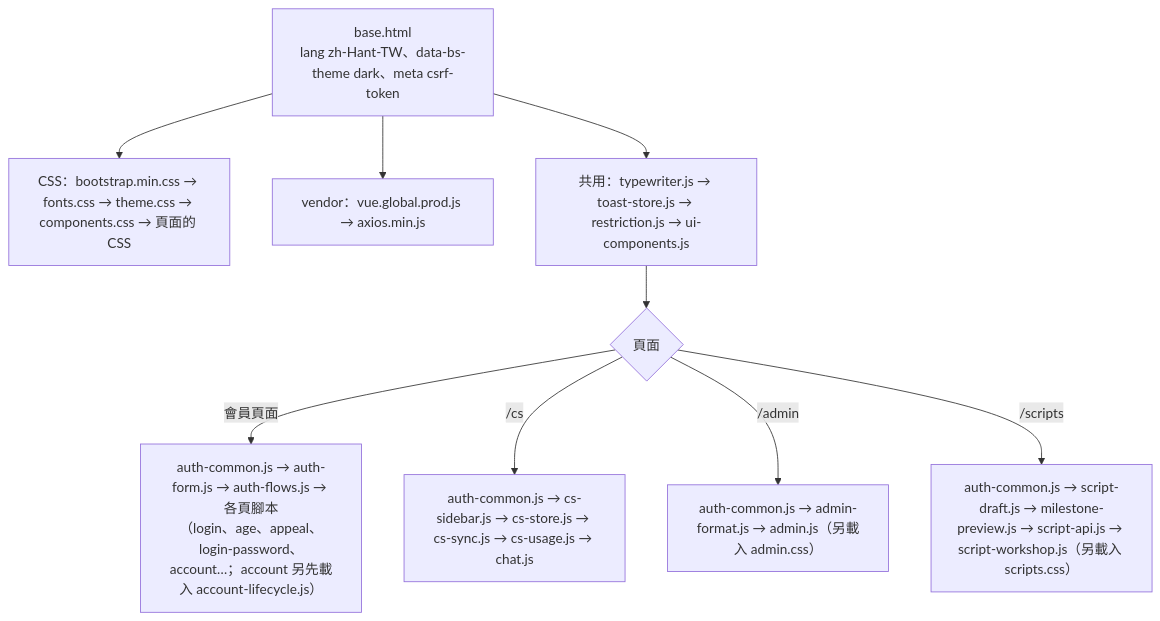
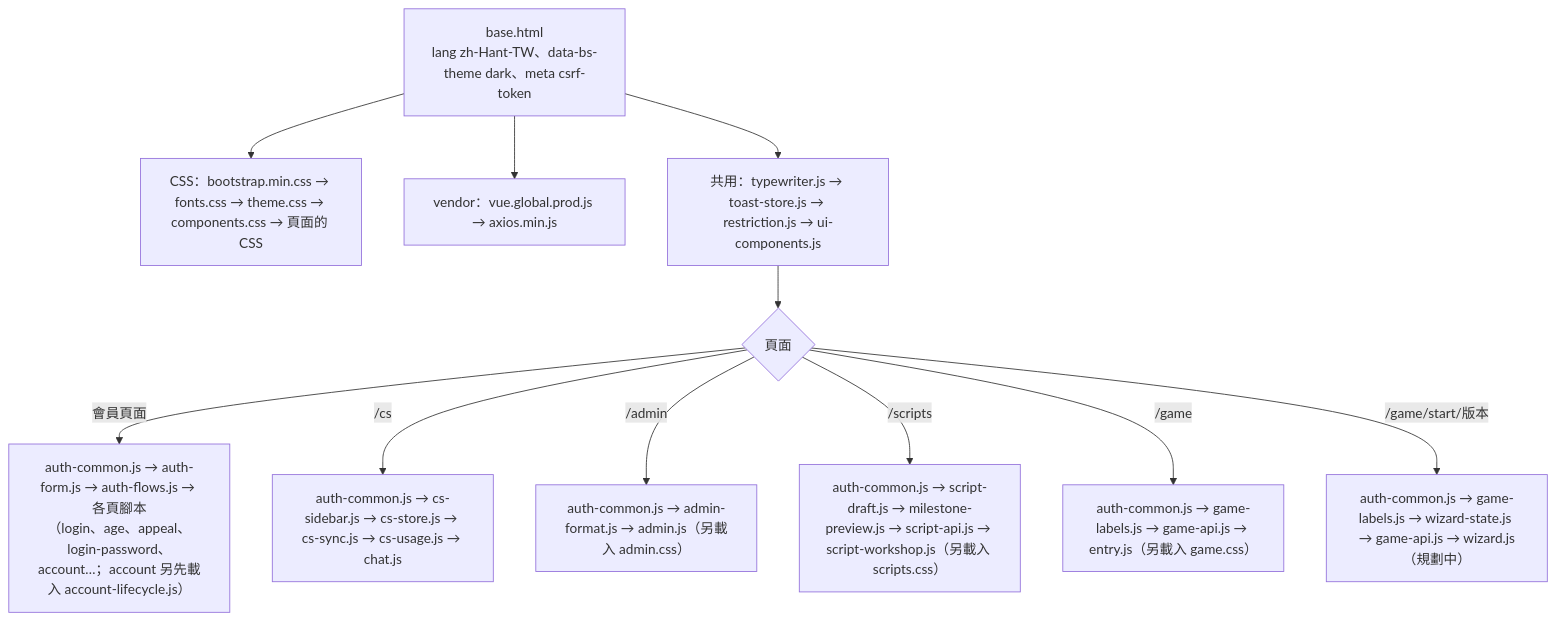
The first of 10 diagrams in docs/前端結構-frontend.md (pp466pp466/R.A.C), drawn with Mermaid before and after one commit. The commit also changed other lines of this file and 10 other files, not shown here.

First line of the commit message:
rpg-entry-ui 批次 D：開存檔精靈的純函式、樣板與創角 API 封裝

````diff
--- a/docs/前端結構-frontend.md
+++ b/docs/前端結構-frontend.md
@@ -10,12 +10,14 @@
 ```mermaid
 flowchart TD
     Base["base.html<br/>lang zh-Hant-TW、data-bs-theme dark、meta csrf-token"]
     Base --> Css["CSS：bootstrap.min.css → fonts.css → theme.css → components.css → 頁面的 CSS"]
     Base --> Vendor["vendor：vue.global.prod.js → axios.min.js"]
     Base --> Ui["共用：typewriter.js → toast-store.js → restriction.js → ui-components.js"]
     Ui --> Page{"頁面"}
     Page -->|"會員頁面"| Auth["auth-common.js → auth-form.js → auth-flows.js → 各頁腳本<br/>（login、age、appeal、login-password、account…；account 另先載入 account-lifecycle.js）"]
     Page -->|"/cs"| Cs["auth-common.js → cs-sidebar.js → cs-store.js → cs-sync.js → cs-usage.js → chat.js"]
     Page -->|"/admin"| Adm["auth-common.js → admin-format.js → admin.js（另載入 admin.css）"]
     Page -->|"/scripts"| Scr["auth-common.js → script-draft.js → milestone-preview.js → script-api.js → script-workshop.js（另載入 scripts.css）"]
+    Page -->|"/game"| Gm["auth-common.js → game-labels.js → game-api.js → entry.js（另載入 game.css）"]
+    Page -->|"/game/start/版本"| Wzd["auth-common.js → game-labels.js → wizard-state.js → game-api.js → wizard.js（規劃中）"]
 ```
````
